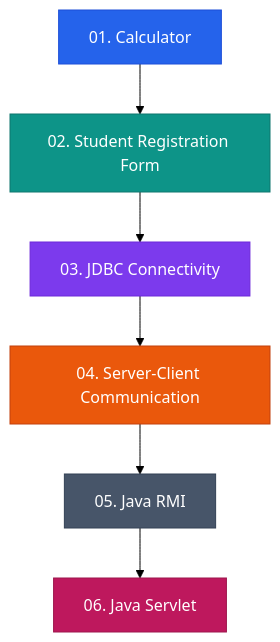
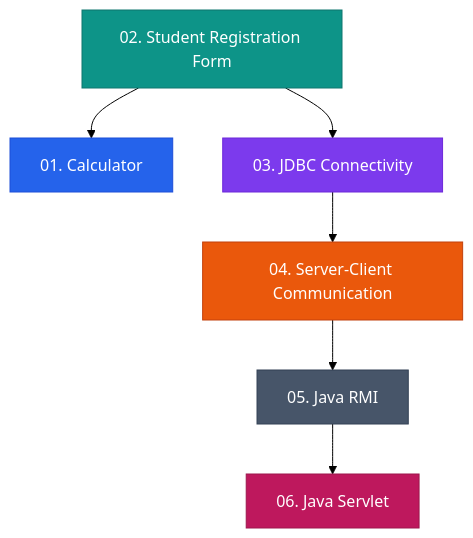
The first of 7 diagrams in README.md (khushiag07/Java_Project), drawn with Mermaid (forest theme) before and after one commit. The commit also changed other lines of this file, not shown here.

````diff
--- a/README.md
+++ b/README.md
@@ -36,15 +36,15 @@
 ```mermaid
 flowchart TD
-    A["01. Calculator"] --> B["02. Student Registration Form"]
+    B["02. Student Registration Form"] --> A["01. Calculator"]
     B --> C["03. JDBC Connectivity"]
     C --> D["04. Server-Client Communication"]
     D --> E["05. Java RMI"]
     E --> F["06. Java Servlet"]
 
     style A fill:#2563eb,color:#fff,stroke:#1d4ed8
     style B fill:#0d9488,color:#fff,stroke:#0f766e
     style C fill:#7c3aed,color:#fff,stroke:#6d28d9
     style D fill:#ea580c,color:#fff,stroke:#c2410c
     style E fill:#475569,color:#fff,stroke:#334155
     style F fill:#be185d,color:#fff,stroke:#9d174d
 ```
````
